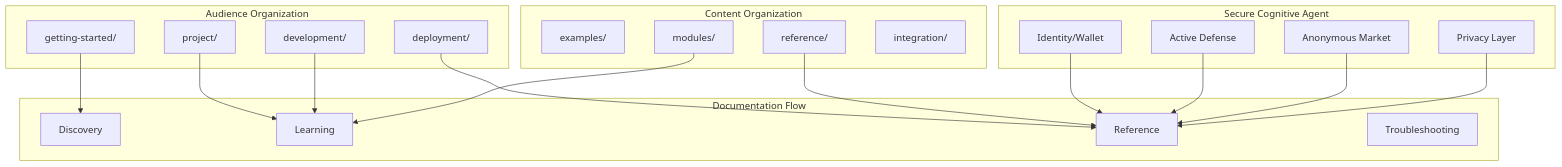
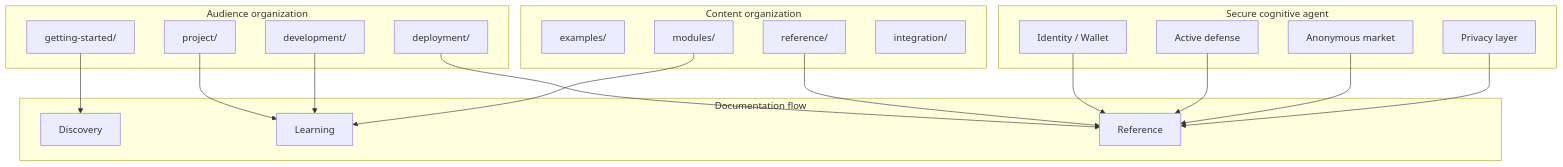
Before and after one commit to docxology/codomyrmex: the diagram in docs/SPEC.md, drawn with Mermaid. The commit also changed 86 other files, not shown here.

````diff
--- a/docs/SPEC.md
+++ b/docs/SPEC.md
@@ -55,42 +55,41 @@
 ```mermaid
 graph TD
-    subgraph "Audience Organization"
+    subgraph audOrg [Audience organization]
         Users[getting-started/]
         Contributors[project/]
         Developers[development/]
         Admins[deployment/]
     end
 
-    subgraph "Content Organization"
+    subgraph contentOrg [Content organization]
         Examples[examples/]
         ReferenceDir[reference/]
         Modules[modules/]
-        Integration[integration/]
+        IntegDir[integration/]
     end
 
-    subgraph "Documentation Flow"
+    subgraph docFlow [Documentation flow]
         Discovery[Discovery]
         Learning[Learning]
-        Reference[Reference]
-        Troubleshooting[Troubleshooting]
+        RefHub[Reference]
     end
 
     Users --> Discovery
     Contributors --> Learning
     Developers --> Learning
-    Admins --> Reference
-    ReferenceDir --> Reference
+    Admins --> RefHub
+    ReferenceDir --> RefHub
     Modules --> Learning
-    
-    subgraph "Secure Cognitive Agent"
-        Identity[Identity/Wallet]
-        Defense[Active Defense]
-        Market[Anonymous Market]
-        Privacy[Privacy Layer]
+
+    subgraph secureCog [Secure cognitive agent]
+        Identity[Identity / Wallet]
+        Defense[Active defense]
+        Market[Anonymous market]
+        Privacy[Privacy layer]
     end
-    
-    Identity --> Reference
-    Defense --> Reference
-    Market --> Reference
-    Privacy --> Reference
+
+    Identity --> RefHub
+    Defense --> RefHub
+    Market --> RefHub
+    Privacy --> RefHub
 ```
````
